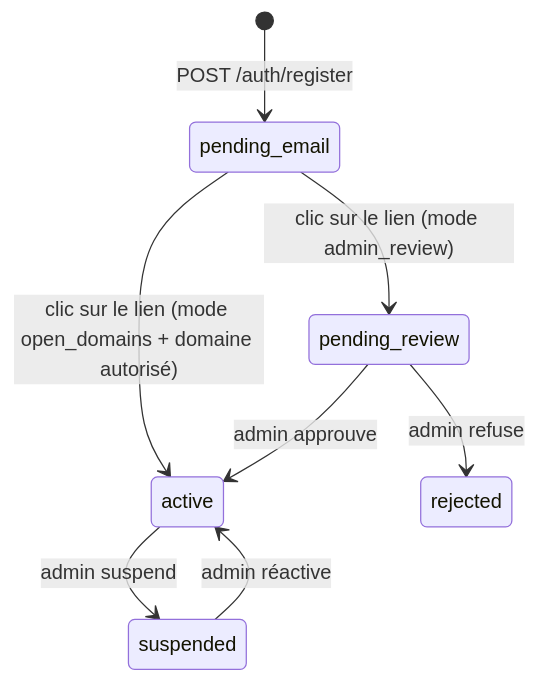
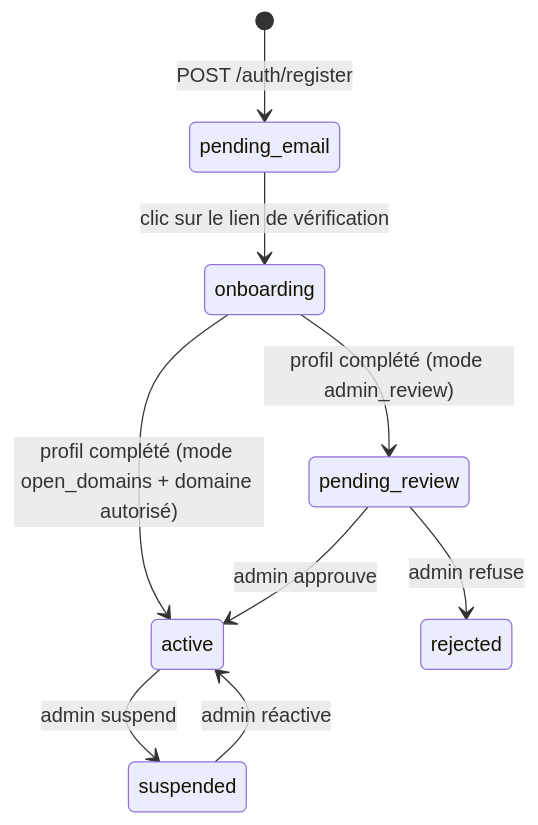
One commit to Dakar2024/Projet-_de_Memoire changed the second of 2 diagrams in apps/backend/MODELISATION_BACKEND.md. Above: the diagram before and after it, drawn with Mermaid. The commit also changed other lines of this file and 20 other files, not shown here.

````diff
--- a/apps/backend/MODELISATION_BACKEND.md
+++ b/apps/backend/MODELISATION_BACKEND.md
@@ -199,10 +199,11 @@
 ```mermaid
 stateDiagram-v2
     [*] --> pending_email : POST /auth/register
-    pending_email --> pending_review : clic sur le lien (mode admin_review)
-    pending_email --> active : clic sur le lien (mode open_domains + domaine autorisé)
+    pending_email --> onboarding : clic sur le lien de vérification
+    onboarding --> pending_review : profil complété (mode admin_review)
+    onboarding --> active : profil complété (mode open_domains + domaine autorisé)
     pending_review --> active : admin approuve
     pending_review --> rejected : admin refuse
     active --> suspended : admin suspend
     suspended --> active : admin réactive
 ```
````
